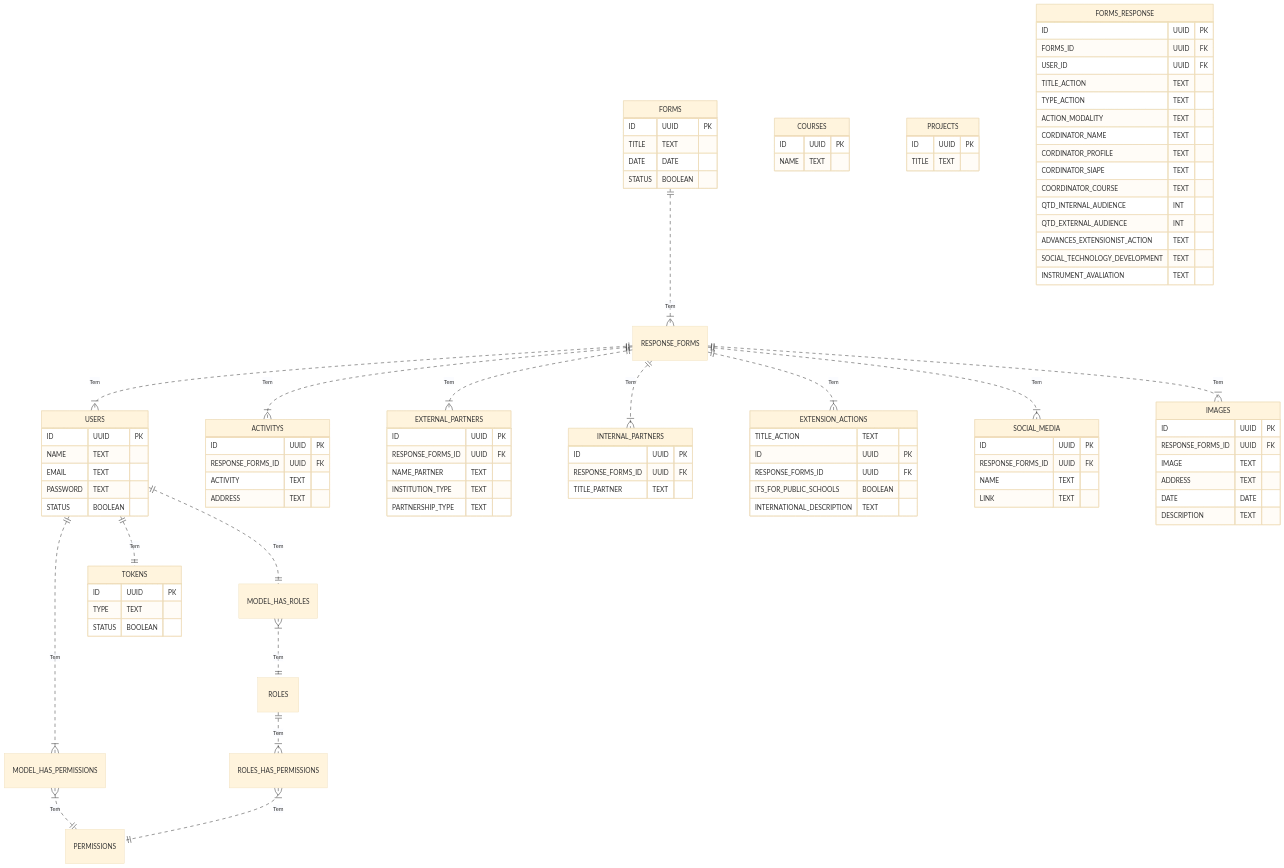
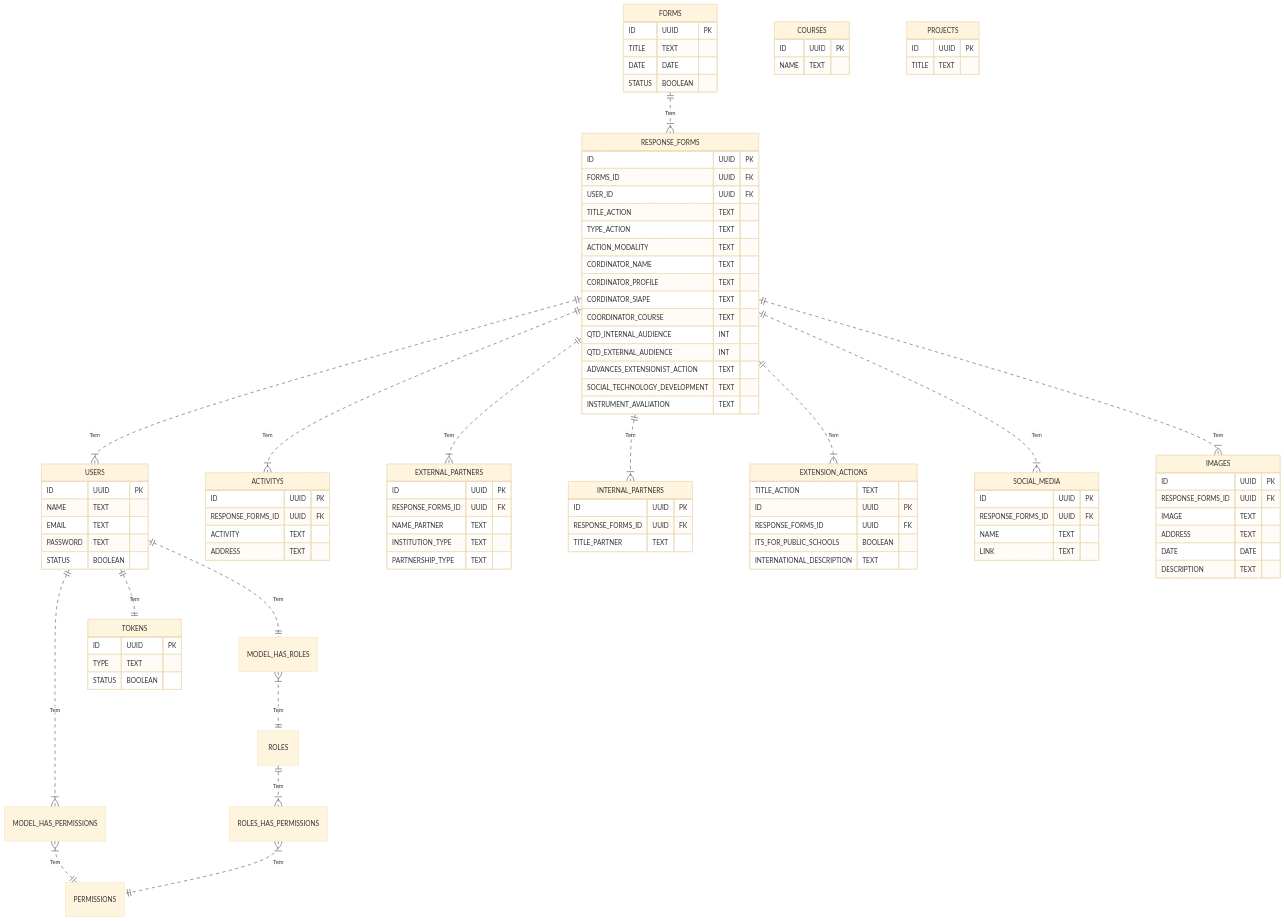
The diagram in README.md (Otavio-Ferreira/Proex-Project), drawn with Mermaid (base theme) before and after one commit. The commit also changed 12 other files, not shown here.

```diff
--- a/README.md
+++ b/README.md
@@ -109,7 +109,7 @@
         STATUS BOOLEAN
     }
 
-    FORMS_RESPONSE {
+    RESPONSE_FORMS {
         ID UUID PK
         FORMS_ID UUID FK
         USER_ID UUID FK
```
